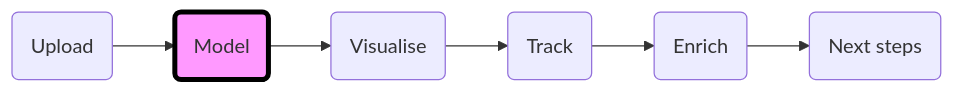
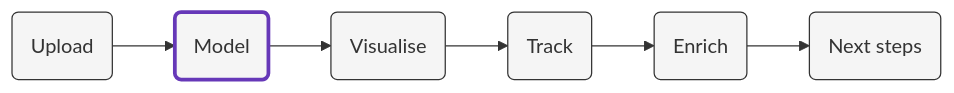
One commit to snowplow/advanced-analytics-web-accelerator changed the diagram in content/modeling/_index.md. Above: the diagram before and after it, drawn with Mermaid. The commit also changed other lines of this file and 86 other files, not shown here.

```diff
--- a/content/modeling/_index.md
+++ b/content/modeling/_index.md
@@ -13,5 +13,10 @@
 {{<mermaid>}}
 flowchart LR
     id1(Upload)-->id2(Model)-->id3(Visualise)-->id4(Track)-->id5(Enrich)-->id6(Next steps)
-    style id2 fill:#f9f,stroke:#000,stroke-width:4px
+    style id2 fill:#f5f5f5,stroke:#6638B8,stroke-width:3px
+    style id1 fill:#f5f5f5,stroke:#333,stroke-width:1px
+    style id3 fill:#f5f5f5,stroke:#333,stroke-width:1px
+    style id4 fill:#f5f5f5,stroke:#333,stroke-width:1px
+    style id5 fill:#f5f5f5,stroke:#333,stroke-width:1px
+    style id6 fill:#f5f5f5,stroke:#333,stroke-width:1px
 {{</mermaid >}}
```
